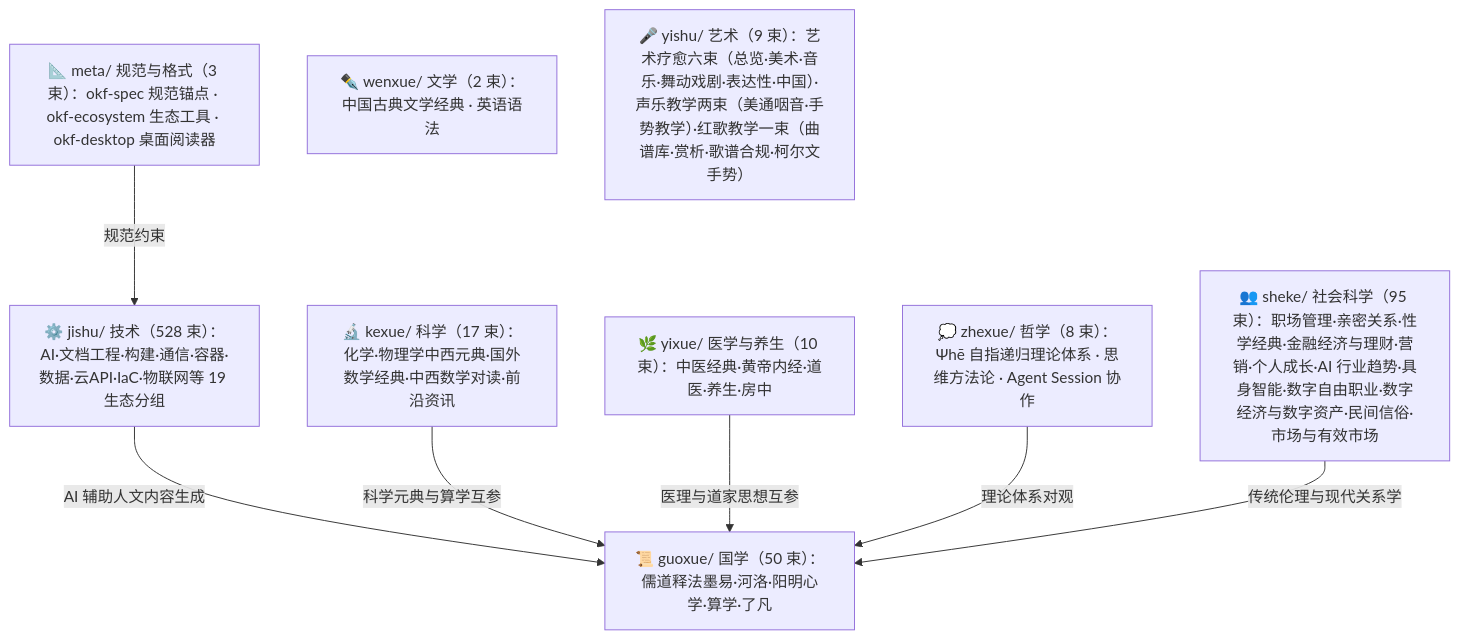
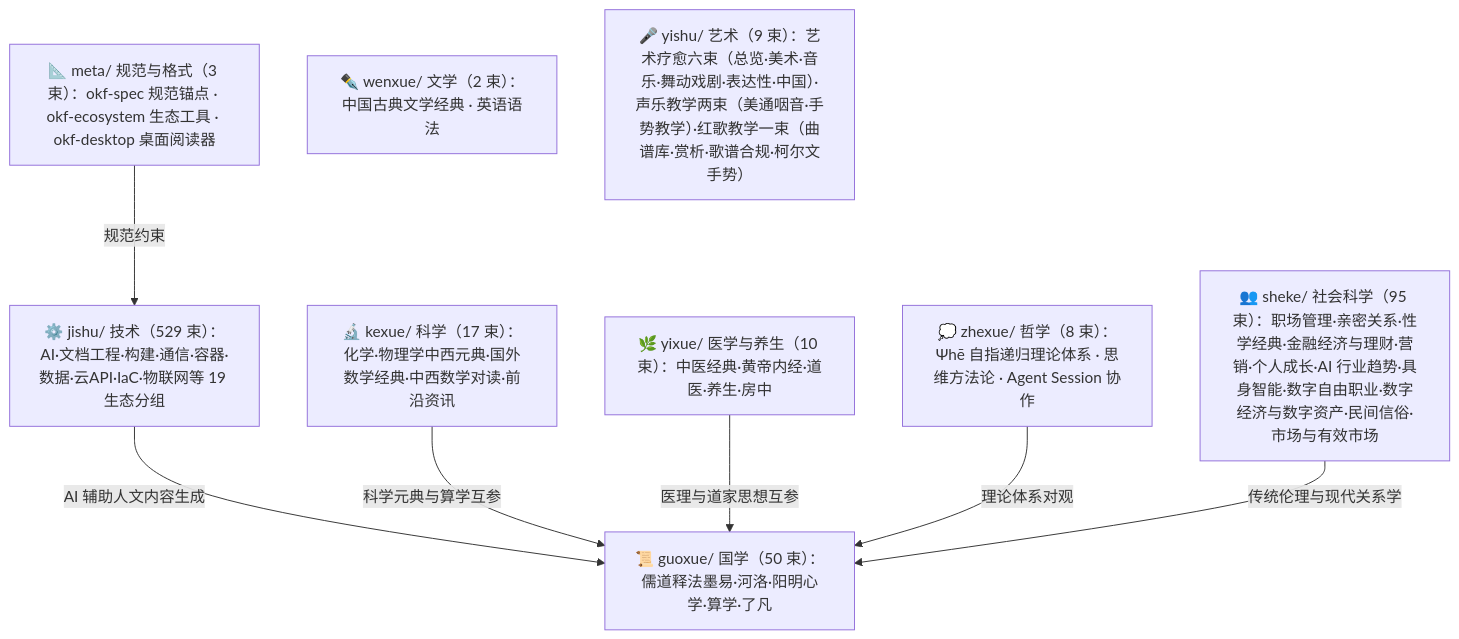
One commit to awesome-flexloop/awesome-okf changed the diagram in doc/bundles/index.md. Above: the diagram before and after it, drawn with Mermaid. The commit also changed other lines of this file and 21 other files, not shown here.

````diff
--- a/doc/bundles/index.md
+++ b/doc/bundles/index.md
@@ -21,18 +21,18 @@
 ```mermaid
 flowchart TD
     meta["📐 meta/ 规范与格式（3 束）：okf-spec 规范锚点 · okf-ecosystem 生态工具 · okf-desktop 桌面阅读器"]
     guoxue["📜 guoxue/ 国学（50 束）：儒道释法墨易·河洛·阳明心学·算学·了凡"]
     zhexue["💭 zhexue/ 哲学（8 束）：Ψhē 自指递归理论体系 · 思维方法论 · Agent Session 协作"]
     kexue["🔬 kexue/ 科学（17 束）：化学·物理学中西元典·国外数学经典·中西数学对读·前沿资讯"]
     wenxue["✒️ wenxue/ 文学（2 束）：中国古典文学经典 · 英语语法"]
     yixue["🌿 yixue/ 医学与养生（10 束）：中医经典·黄帝内经·道医·养生·房中"]
     sheke["👥 sheke/ 社会科学（95 束）：职场管理·亲密关系·性学经典·金融经济与理财·营销·个人成长·AI 行业趋势·具身智能·数字自由职业·数字经济与数字资产·民间信俗·市场与有效市场"]
     yishu["🎤 yishu/ 艺术（9 束）：艺术疗愈六束（总览·美术·音乐·舞动戏剧·表达性·中国）·声乐教学两束（美通咽音·手势教学）·红歌教学一束（曲谱库·赏析·歌谱合规·柯尔文手势）"]
-    jishu["⚙️ jishu/ 技术（528 束）：AI·文档工程·构建·通信·容器·数据·云API·IaC·物联网等 19 生态分组"]
+    jishu["⚙️ jishu/ 技术（529 束）：AI·文档工程·构建·通信·容器·数据·云API·IaC·物联网等 19 生态分组"]
     meta -->|"规范约束"| jishu
     jishu -->|"AI 辅助人文内容生成"| guoxue
     kexue -->|"科学元典与算学互参"| guoxue
     yixue -->|"医理与道家思想互参"| guoxue
     zhexue -->|"理论体系对观"| guoxue
     sheke -->|"传统伦理与现代关系学"| guoxue
 ```
````
